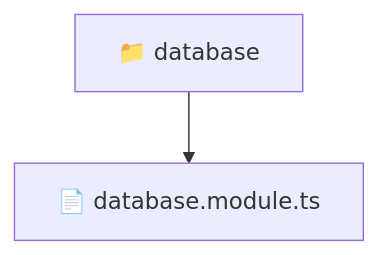
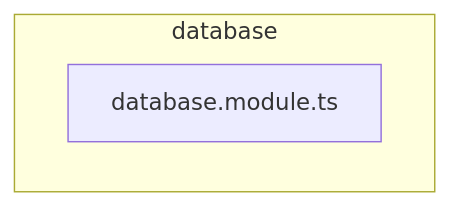
Before and after one commit to beginwebdev2002/fullstack-mavluda: the diagram in backend/src/common/database/README.md, drawn with Mermaid. The commit also changed other lines of this file and 163 other files, not shown here.

````diff
--- a/backend/src/common/database/README.md
+++ b/backend/src/common/database/README.md
@@ -9,5 +15,6 @@
 ```mermaid
 graph TD
-  Root["📁 database"]
-  Root --> database_module_ts["📄 database.module.ts"]
+  subgraph database
+    database_module_ts["database.module.ts"]
+  end
 ```
````
